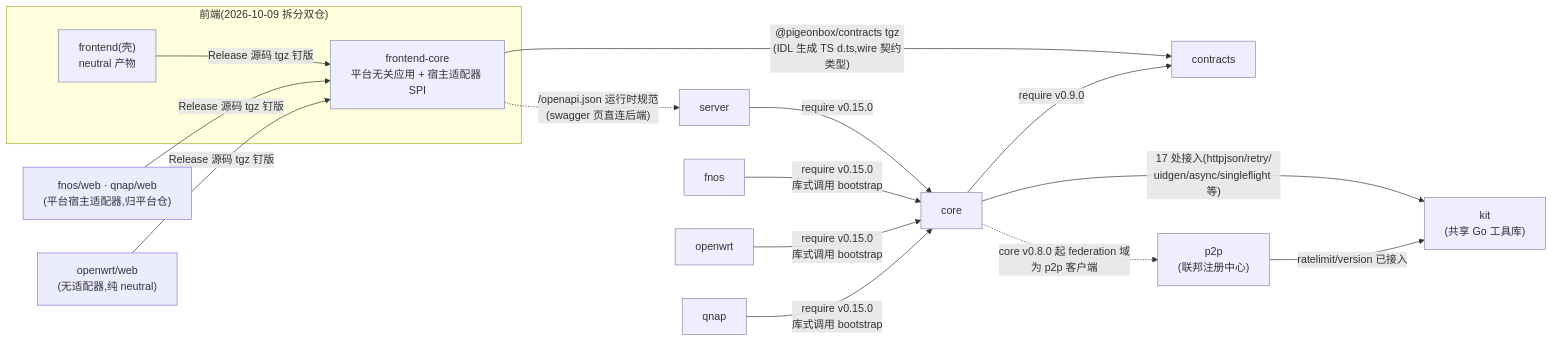
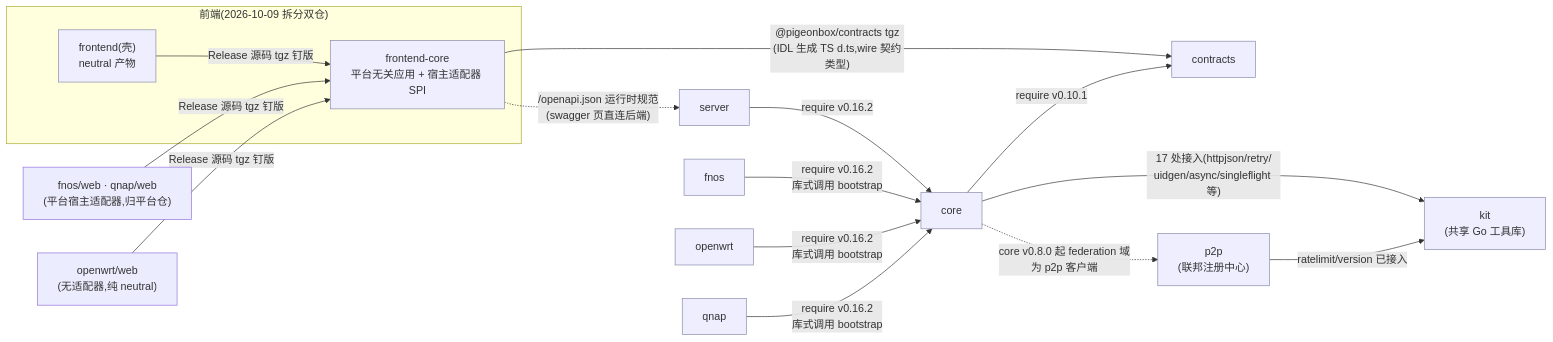
One commit to pigeonbox/pigeonbox changed the second of 10 diagrams in docs/architecture.md. Above: the diagram before and after it, drawn with Mermaid. The commit also changed other lines of this file and 8 other files, not shown here.

````diff
--- a/docs/architecture.md
+++ b/docs/architecture.md
@@ -50,25 +50,25 @@
 ```mermaid
 graph LR
     subgraph FEW["前端(2026-10-09 拆分双仓)"]
         FES["frontend(壳)<br/>neutral 产物"]
         FEC["frontend-core<br/>平台无关应用 + 宿主适配器 SPI"]
         FES -->|"Release 源码 tgz 钉版"| FEC
     end
     PW["fnos/web · qnap/web<br/>(平台宿主适配器,归平台仓)"] -->|"Release 源码 tgz 钉版"| FEC
     OWW["openwrt/web<br/>(无适配器,纯 neutral)"] -->|"Release 源码 tgz 钉版"| FEC
     FEC -->|"@pigeonbox/contracts tgz<br/>(IDL 生成 TS d.ts,wire 契约类型)"| CTX["contracts"]
     FEC -.->|"/openapi.json 运行时规范<br/>(swagger 页直连后端)"| SRV["server"]
-    SRV -->|"require v0.15.0"| CORE["core"]
-    FNOS["fnos"] -->|"require v0.15.0<br/>库式调用 bootstrap"| CORE
-    OWRT["openwrt"] -->|"require v0.15.0<br/>库式调用 bootstrap"| CORE
-    QNAPG["qnap"] -->|"require v0.15.0<br/>库式调用 bootstrap"| CORE
-    CORE -->|"require v0.9.0"| CTX
+    SRV -->|"require v0.16.2"| CORE["core"]
+    FNOS["fnos"] -->|"require v0.16.2<br/>库式调用 bootstrap"| CORE
+    OWRT["openwrt"] -->|"require v0.16.2<br/>库式调用 bootstrap"| CORE
+    QNAPG["qnap"] -->|"require v0.16.2<br/>库式调用 bootstrap"| CORE
+    CORE -->|"require v0.10.1"| CTX
     P2P["p2p<br/>(联邦注册中心)"]
     CORE -.->|"core v0.8.0 起 federation 域<br/>为 p2p 客户端"| P2P
     KIT["kit<br/>(共享 Go 工具库)"]
     CORE -->|"17 处接入(httpjson/retry/<br/>uidgen/async/singleflight 等)"| KIT
     P2P -->|"ratelimit/version 已接入"| KIT
 
     classDef plain fill:#eef,stroke:#88a
     class CTX,CORE,SRV,FES,FEC,FNOS,OWRT,QNAPG,P2P,KIT plain
 ```
````
